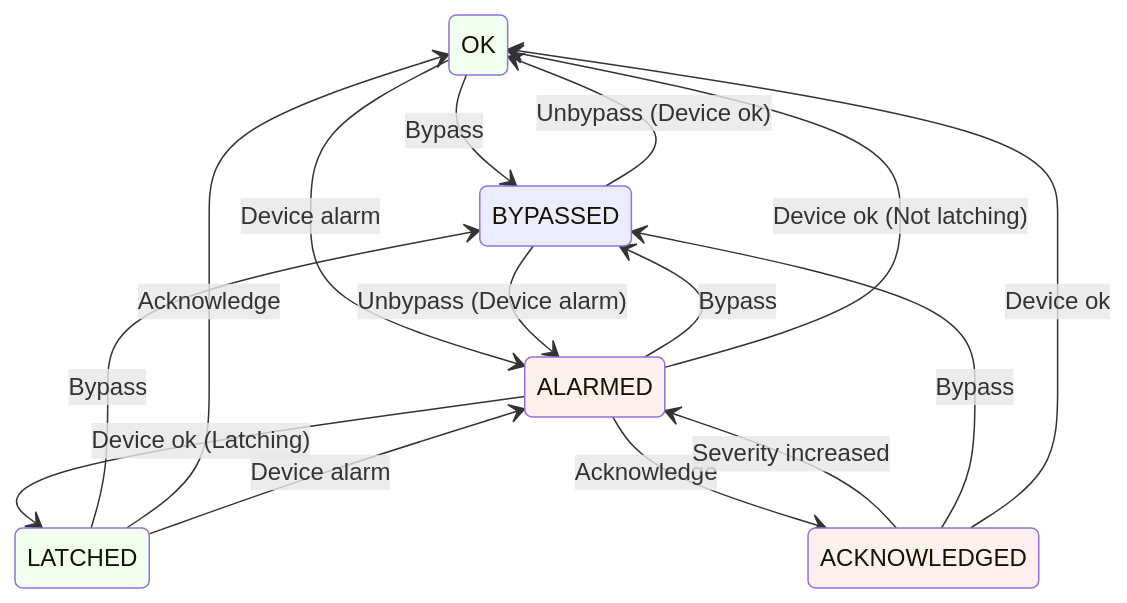
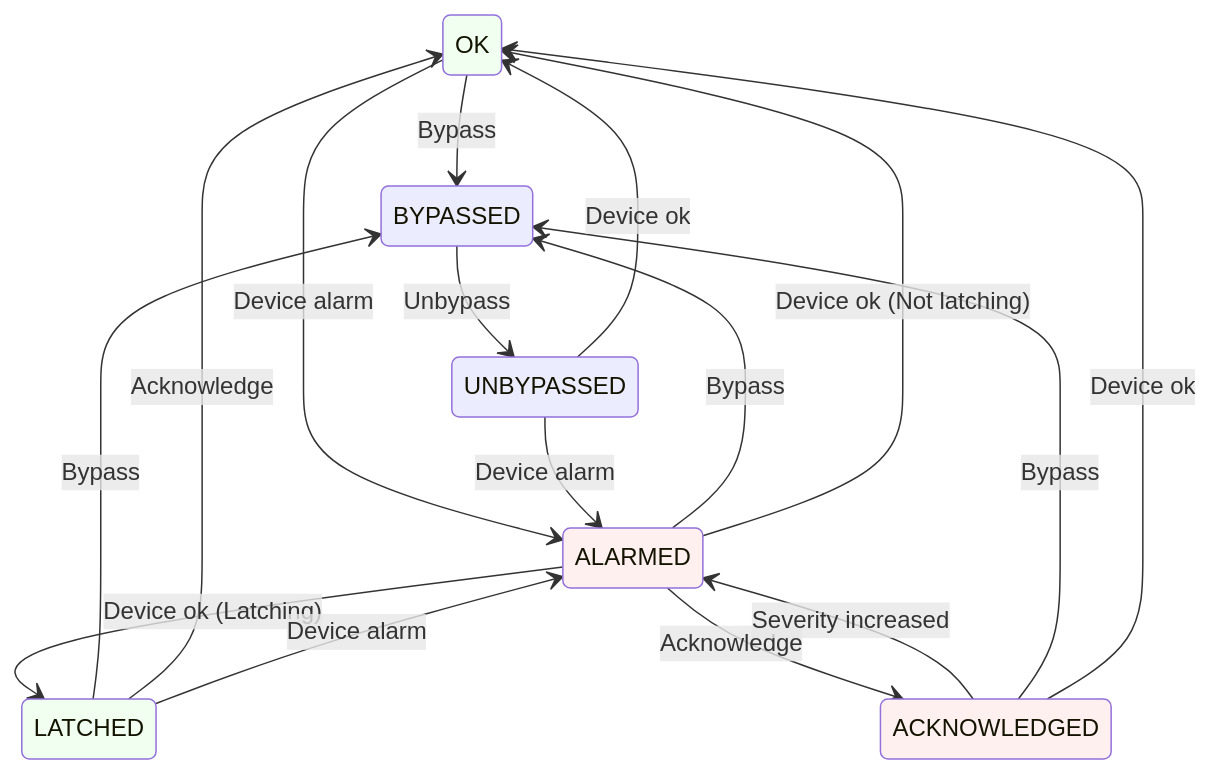
Before and after one commit to fermi-ad/acorn-alarms-service: the diagram in README.md, drawn with Mermaid. The commit also changed other lines of this file, not shown here.

Commit message:
add unbypassed state (#97)

````diff
--- a/README.md
+++ b/README.md
@@ -48,26 +51,28 @@
 ```mermaid
 stateDiagram-v2
   OK --> BYPASSED: Bypass
   OK --> ALARMED: Device alarm
 
-  BYPASSED --> OK: Unbypass (Device ok)
-  BYPASSED --> ALARMED: Unbypass (Device alarm)
+  BYPASSED --> UNBYPASSED: Unbypass
+
+  UNBYPASSED --> OK: Device ok
+  UNBYPASSED --> ALARMED: Device alarm
 
   ALARMED --> BYPASSED: Bypass
   ALARMED --> OK: Device ok (Not latching)
   ALARMED --> LATCHED: Device ok (Latching)
   ALARMED --> ACKNOWLEDGED: Acknowledge
 
   ACKNOWLEDGED --> ALARMED: Severity increased
   ACKNOWLEDGED --> BYPASSED: Bypass
   ACKNOWLEDGED --> OK: Device ok
 
   LATCHED --> BYPASSED: Bypass
   LATCHED --> OK: Acknowledge
   LATCHED --> ALARMED: Device alarm
 
   style OK            fill:#F0FFF0
   style LATCHED       fill:#F0FFF0
   style ALARMED       fill:#FFF0F0
   style ACKNOWLEDGED  fill:#FFF0F0
 ```
````
